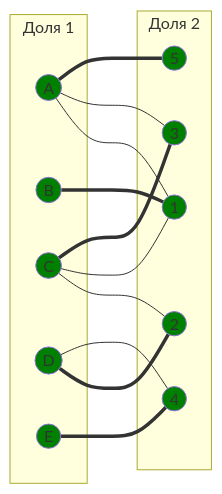
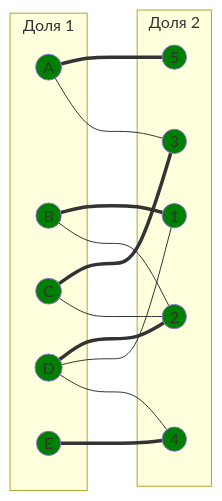
Diagram 14 of 15 in Задание 8/programturtles.md (algos-ris-24-4/manual-tasks), drawn with Mermaid before and after one commit. The commit also changed other lines of this file, not shown here.

````diff
--- a/Задание 8/programturtles.md
+++ b/Задание 8/programturtles.md
@@ -568,38 +604,38 @@
 ```mermaid
 graph LR
     subgraph "Доля 1"
         A((A))
         B((B))
         C((C))
         D((D))
         E((E))
     end
     subgraph "Доля 2"
         1((1))
         2((2))
         3((3))
         4((4))
         5((5))
     end
-    A --- 1
     A --- 3
     A === 5
+    B --- 2
     C --- 2
-    D === 2
+    D --- 4
     E === 4
     B === 1
-    C --- 1
-    D --- 4
+    D --- 1
+    D === 2
     C === 3
     
     style D fill:#008000
     style 3 fill:#008000
     style A fill:#008000
     style B fill:#008000
     style E fill:#008000
     style 1 fill:#008000
     style 2 fill:#008000
     style 4 fill:#008000
     style C fill:#008000
     style 5 fill:#008000
 ```
````
